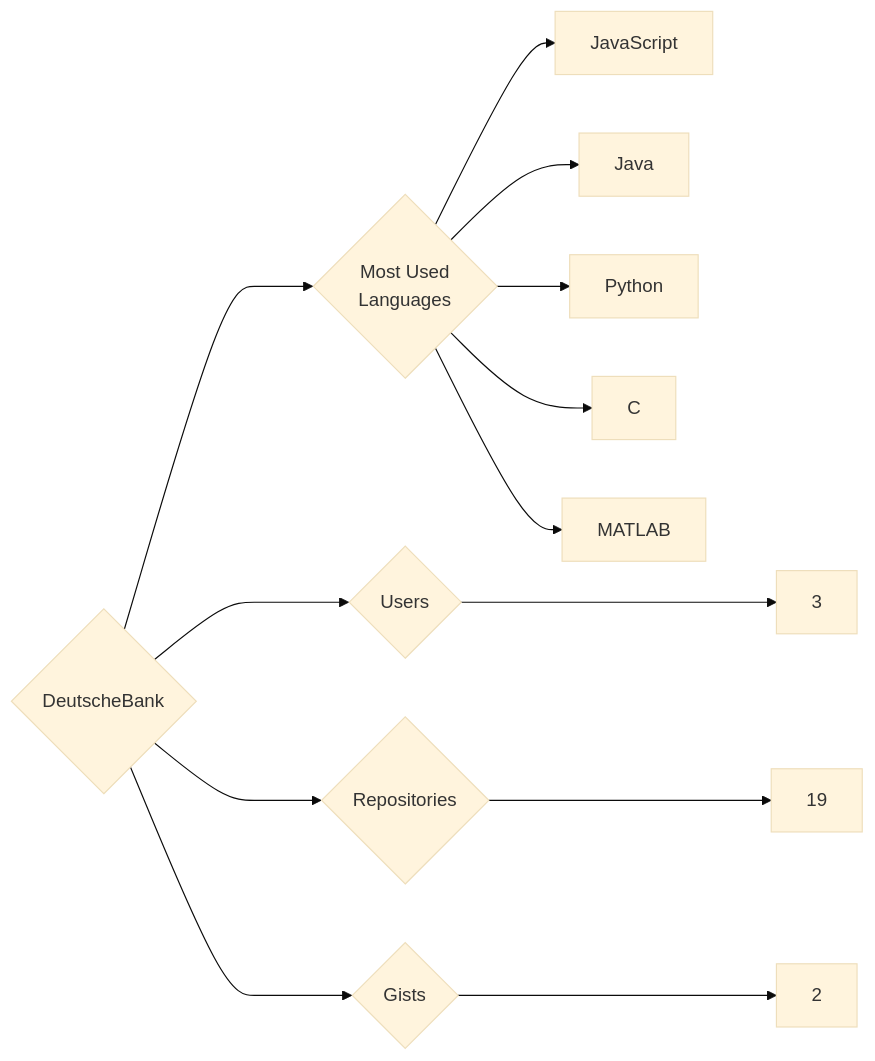
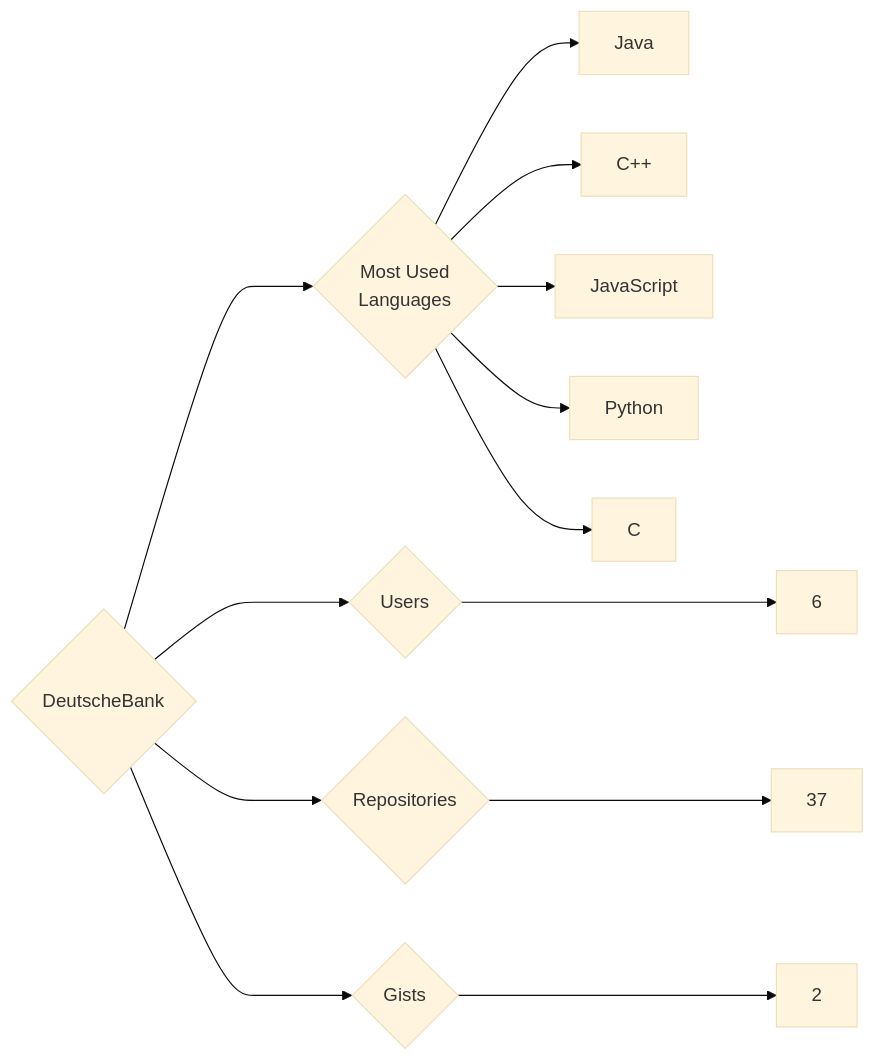
One commit to trickest/insiders changed the diagram in targets/DeutscheBank/README.md. Above: the diagram before and after it, drawn with Mermaid (base theme). The commit also changed 942 other files, not shown here.

````diff
--- a/targets/DeutscheBank/README.md
+++ b/targets/DeutscheBank/README.md
@@ -3,13 +3,13 @@
 ```mermaid
 graph LR
 COMPANY_NAME{DeutscheBank}
-COMPANY_NAME ---> U{Users} ---> UN[3]
-COMPANY_NAME ---> R{Repositories} ---> RN[19]
+COMPANY_NAME ---> U{Users} ---> UN[6]
+COMPANY_NAME ---> R{Repositories} ---> RN[37]
 COMPANY_NAME ---> G{Gists} ---> GN[2]
 COMPANY_NAME ---> ML{Most Used<br>Languages}
+ML --> Java[Java]
+ML --> C++[C++]
 ML --> JavaScript[JavaScript]
-ML --> Java[Java]
 ML --> Python[Python]
 ML --> C[C]
-ML --> MATLAB[MATLAB]
 ```
````
